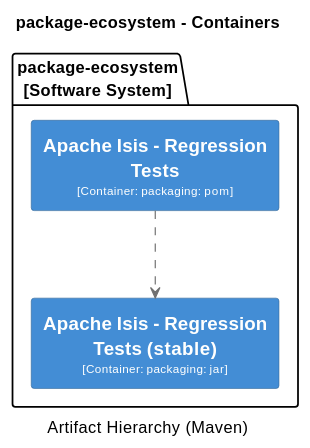
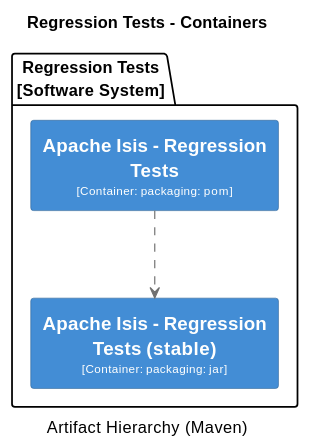
Before and after one commit to apache/causeway: diagram 12 of 18 in antora/components/system/modules/ROOT/pages/system-overview.adoc, drawn with PlantUML. The commit also changed other lines of this file and 1 other file, not shown here.

Commit message:
ISIS-2473: system overview: more meaningful diagram titles

```diff
--- a/antora/components/system/modules/ROOT/pages/system-overview.adoc
+++ b/antora/components/system/modules/ROOT/pages/system-overview.adoc
@@ -2723,31 +2723,31 @@
 [plantuml,Regression Tests,svg]
 ----
 @startuml(id=Regression_Tests)
-title package-ecosystem - Containers
+title Regression Tests - Containers
 caption Artifact Hierarchy (Maven)
 
 skinparam {
   shadowing false
   arrowFontSize 10
   defaultTextAlignment center
   wrapWidth 200
   maxMessageSize 100
 }
 hide stereotype
 skinparam rectangle<<2>> {
   BackgroundColor #438dd5
   FontColor #fffffe
   BorderColor #2E6295
 }
 skinparam rectangle<<3>> {
   BackgroundColor #438dd5
   FontColor #fffffe
   BorderColor #2E6295
 }
-package "package-ecosystem\n[Software System]" {
+package "Regression Tests\n[Software System]" {
   rectangle "==Apache Isis - Regression Tests\n<size:10>[Container: packaging: pom]</size>" <<2>> as 2
   rectangle "==Apache Isis - Regression Tests (stable)\n<size:10>[Container: packaging: jar]</size>" <<3>> as 3
 }
 2 .[#707070].> 3 : ""
 @enduml
 ----
```
